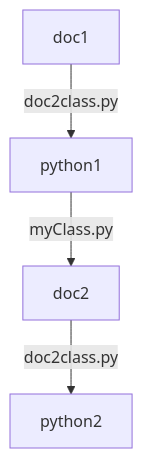
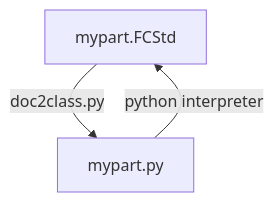
Before and after one commit to oldpride/cadcoder: the diagram in scripts/doc2class.md, drawn with Mermaid. The commit also changed other lines of this file, not shown here.

````diff
--- a/scripts/doc2class.md
+++ b/scripts/doc2class.md
@@ -1,5 +3,5 @@
 ``` mermaid
 graph TD
-    doc1 --doc2class.py--> python1 --myClass.py--> doc2 --doc2class.py--> python2
+    mypart.FCStd --doc2class.py--> mypart.py -- python interpreter --> mypart.FCStd 
 
 ```
````
